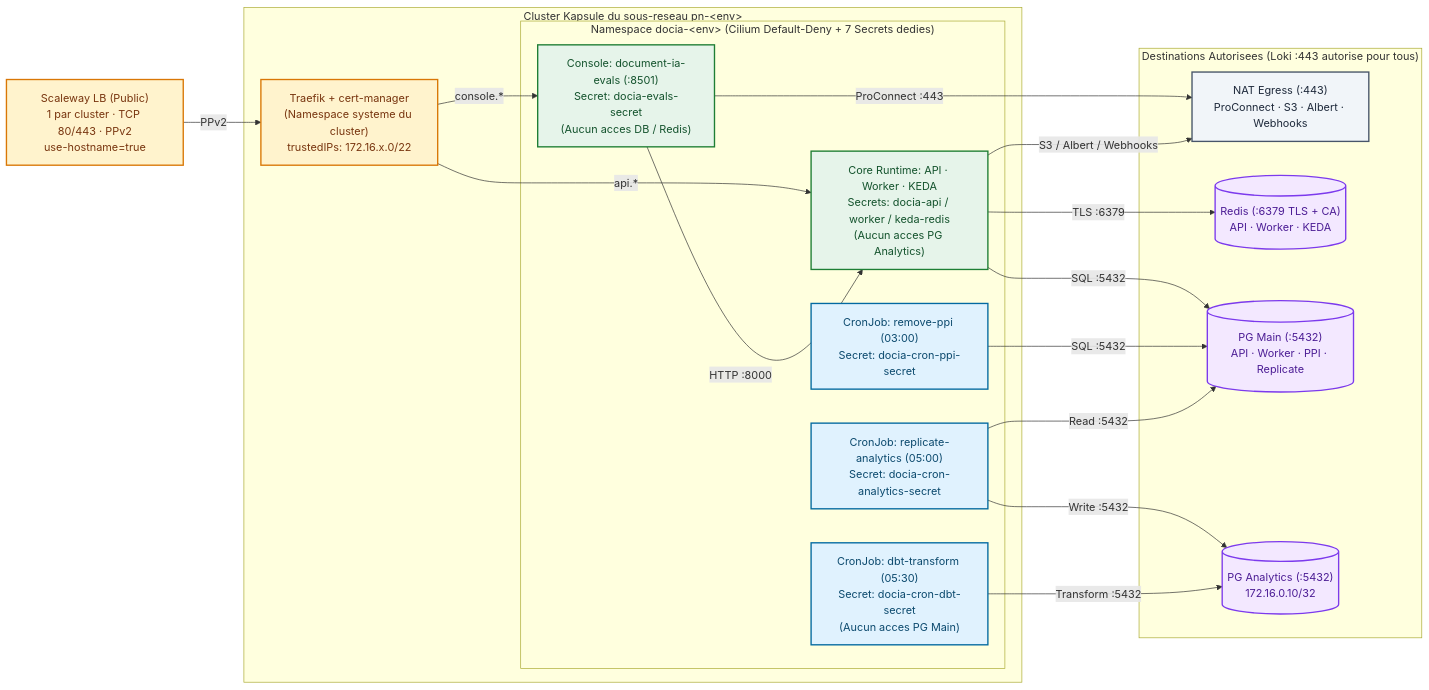
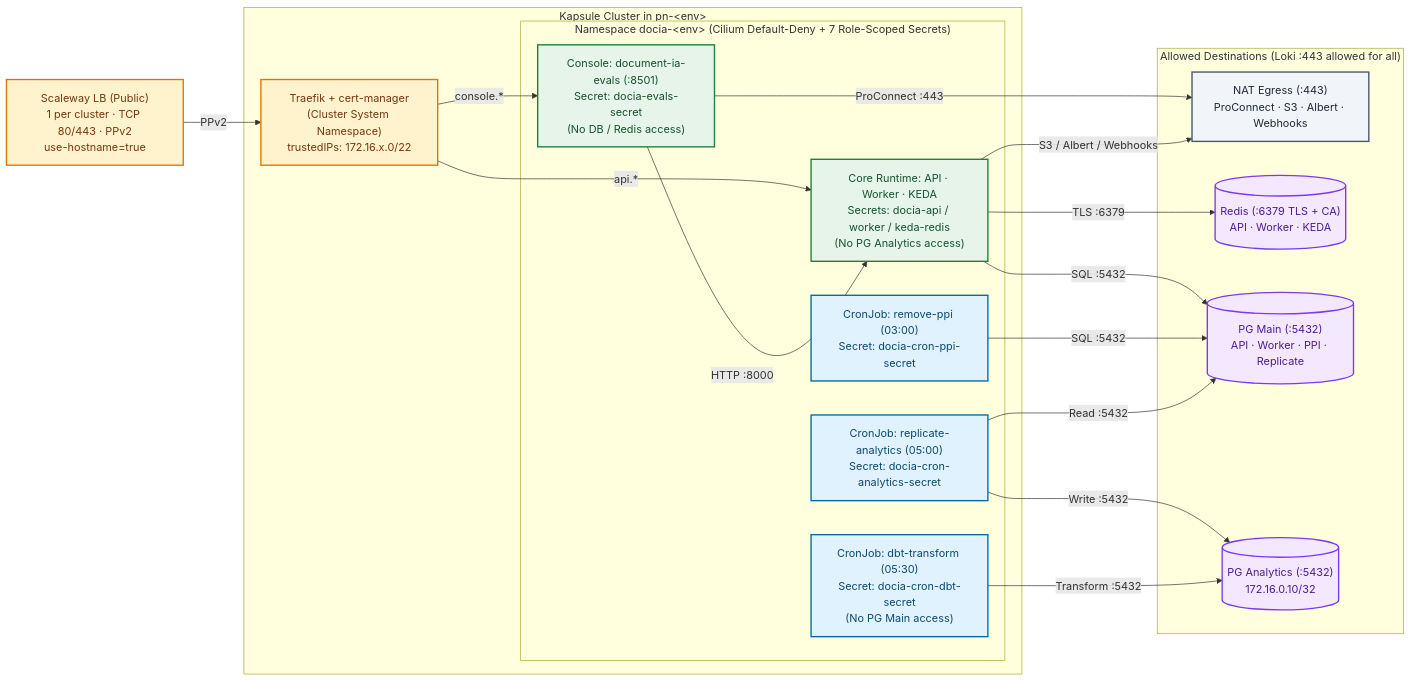
One commit to etalab-ia/document-ia-infra changed the tenth of 21 diagrams in docs/ARCHITECTURE.md. Above: the diagram before and after it, drawn with Mermaid. The commit also changed other lines of this file, not shown here.

Commit message:
docs(architecture): translate remaining French labels in Mermaid diagrams to English

````diff
--- a/docs/ARCHITECTURE.md
+++ b/docs/ARCHITECTURE.md
@@ -693,45 +693,45 @@
 ```mermaid
 flowchart LR
     classDef ingress fill:#fff3cd,stroke:#d97706,stroke-width:2px,color:#78350f
     classDef app fill:#e6f4ea,stroke:#1e7e34,stroke-width:2px,color:#14532d
     classDef cron fill:#e0f2fe,stroke:#0369a1,stroke-width:2px,color:#0c4a6e
     classDef data fill:#f3e8ff,stroke:#7c3aed,stroke-width:2px,color:#4c1d95
     classDef egress fill:#f1f5f9,stroke:#475569,stroke-width:2px,color:#1e293b
 
-    LB["Scaleway LB (Public)<br/>1 par cluster · TCP 80/443 · PPv2<br/>use-hostname=true"]:::ingress
+    LB["Scaleway LB (Public)<br/>1 per cluster · TCP 80/443 · PPv2<br/>use-hostname=true"]:::ingress
 
-    subgraph KAPSULE["Cluster Kapsule du sous-reseau pn-&lt;env&gt;"]
-        TRAEFIK["Traefik + cert-manager<br/>(Namespace systeme du cluster)<br/>trustedIPs: 172.16.x.0/22"]:::ingress
+    subgraph KAPSULE["Kapsule Cluster in pn-&lt;env&gt;"]
+        TRAEFIK["Traefik + cert-manager<br/>(Cluster System Namespace)<br/>trustedIPs: 172.16.x.0/22"]:::ingress
 
-        subgraph NS["Namespace docia-&lt;env&gt; (Cilium Default-Deny + 7 Secrets dedies)"]
-            EVALS["Console: document-ia-evals (:8501)<br/>Secret: docia-evals-secret<br/>(Aucun acces DB / Redis)"]:::app
-            CORE["Core Runtime: API · Worker · KEDA<br/>Secrets: docia-api / worker / keda-redis<br/>(Aucun acces PG Analytics)"]:::app
+        subgraph NS["Namespace docia-&lt;env&gt; (Cilium Default-Deny + 7 Role-Scoped Secrets)"]
+            EVALS["Console: document-ia-evals (:8501)<br/>Secret: docia-evals-secret<br/>(No DB / Redis access)"]:::app
+            CORE["Core Runtime: API · Worker · KEDA<br/>Secrets: docia-api / worker / keda-redis<br/>(No PG Analytics access)"]:::app
             CRON_PPI["CronJob: remove-ppi (03:00)<br/>Secret: docia-cron-ppi-secret"]:::cron
             CRON_REPL["CronJob: replicate-analytics (05:00)<br/>Secret: docia-cron-analytics-secret"]:::cron
-            CRON_DBT["CronJob: dbt-transform (05:30)<br/>Secret: docia-cron-dbt-secret<br/>(Aucun acces PG Main)"]:::cron
+            CRON_DBT["CronJob: dbt-transform (05:30)<br/>Secret: docia-cron-dbt-secret<br/>(No PG Main access)"]:::cron
         end
     end
 
-    subgraph TARGETS["Destinations Autorisees (Loki :443 autorise pour tous)"]
+    subgraph TARGETS["Allowed Destinations (Loki :443 allowed for all)"]
         NAT_EXT["NAT Egress (:443)<br/>ProConnect · S3 · Albert · Webhooks"]:::egress
         REDIS[("Redis (:6379 TLS + CA)<br/>API · Worker · KEDA")]:::data
         PG_MAIN[("PG Main (:5432)<br/>API · Worker · PPI · Replicate")]:::data
         PG_ANA[("PG Analytics (:5432)<br/>172.16.0.10/32")]:::data
     end
 
     LB -->|"PPv2"| TRAEFIK
     TRAEFIK -->|"console.*"| EVALS
     TRAEFIK -->|"api.*"| CORE
 
     EVALS -->|"HTTP :8000"| CORE
     EVALS -->|"ProConnect :443"| NAT_EXT
 
     CORE -->|"S3 / Albert / Webhooks"| NAT_EXT
     CORE -->|"TLS :6379"| REDIS
     CORE -->|"SQL :5432"| PG_MAIN
 
     CRON_PPI -->|"SQL :5432"| PG_MAIN
     CRON_REPL -->|"Read :5432"| PG_MAIN
     CRON_REPL -->|"Write :5432"| PG_ANA
     CRON_DBT -->|"Transform :5432"| PG_ANA
 ```
````
